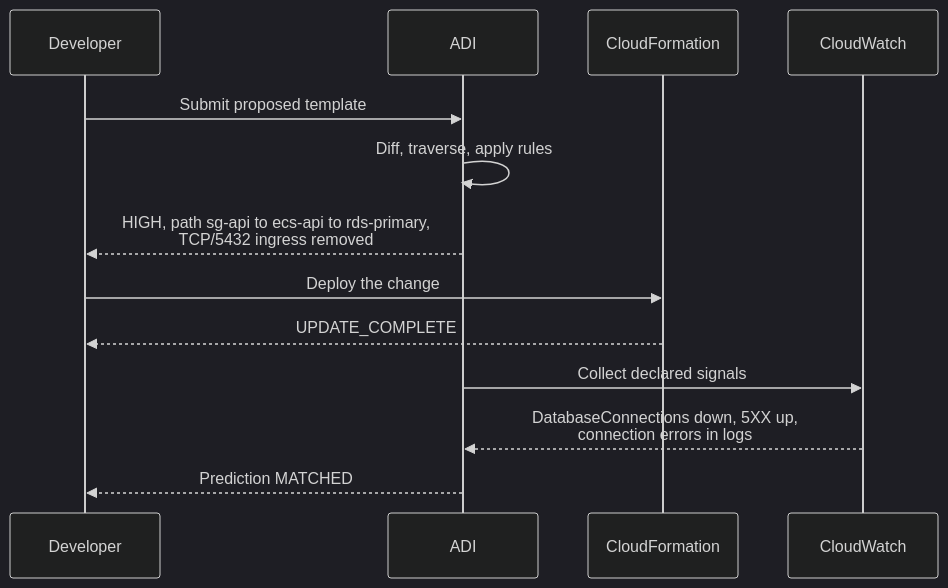
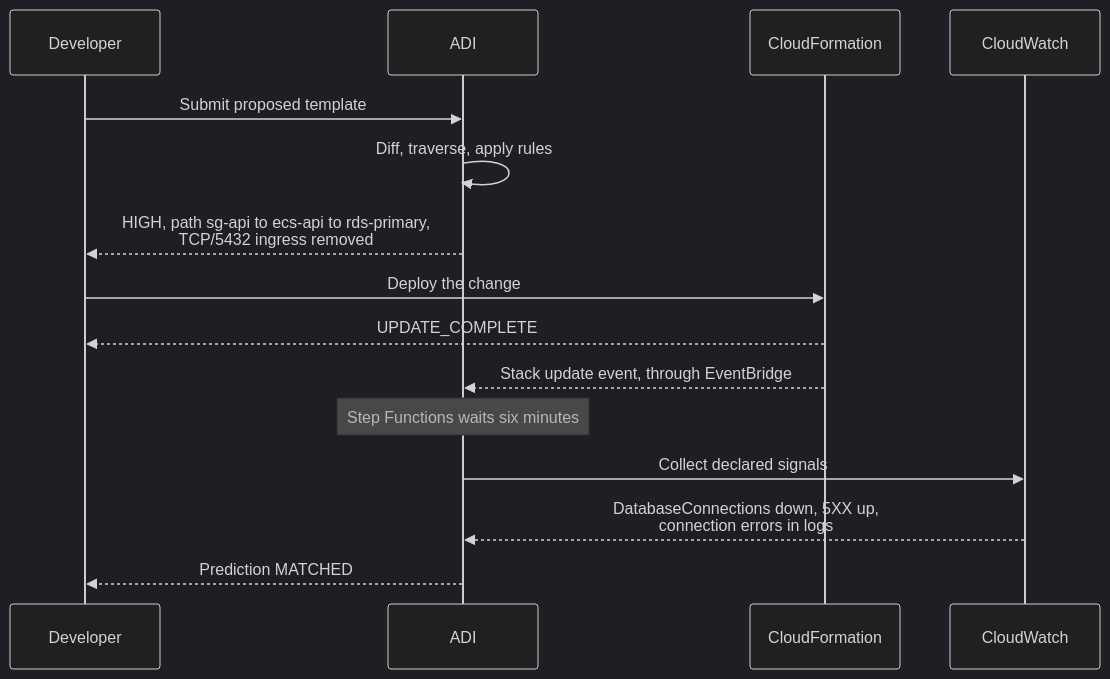
One commit to gowtham472/adi changed the fourth of 4 diagrams in README.md. Above: the diagram before and after it, drawn with Mermaid (dark theme). The commit also changed other lines of this file and 1 other file, not shown here.

````diff
--- a/README.md
+++ b/README.md
@@ -228,16 +236,18 @@
 ```mermaid
 sequenceDiagram
     participant D as Developer
     participant A as ADI
     participant CF as CloudFormation
     participant CW as CloudWatch
 
     D->>A: Submit proposed template
     A->>A: Diff, traverse, apply rules
     A-->>D: HIGH, path sg-api to ecs-api to rds-primary,<br/>TCP/5432 ingress removed
     D->>CF: Deploy the change
     CF-->>D: UPDATE_COMPLETE
+    CF-->>A: Stack update event, through EventBridge
+    Note over A: Step Functions waits six minutes
     A->>CW: Collect declared signals
     CW-->>A: DatabaseConnections down, 5XX up,<br/>connection errors in logs
     A-->>D: Prediction MATCHED
 ```
````
